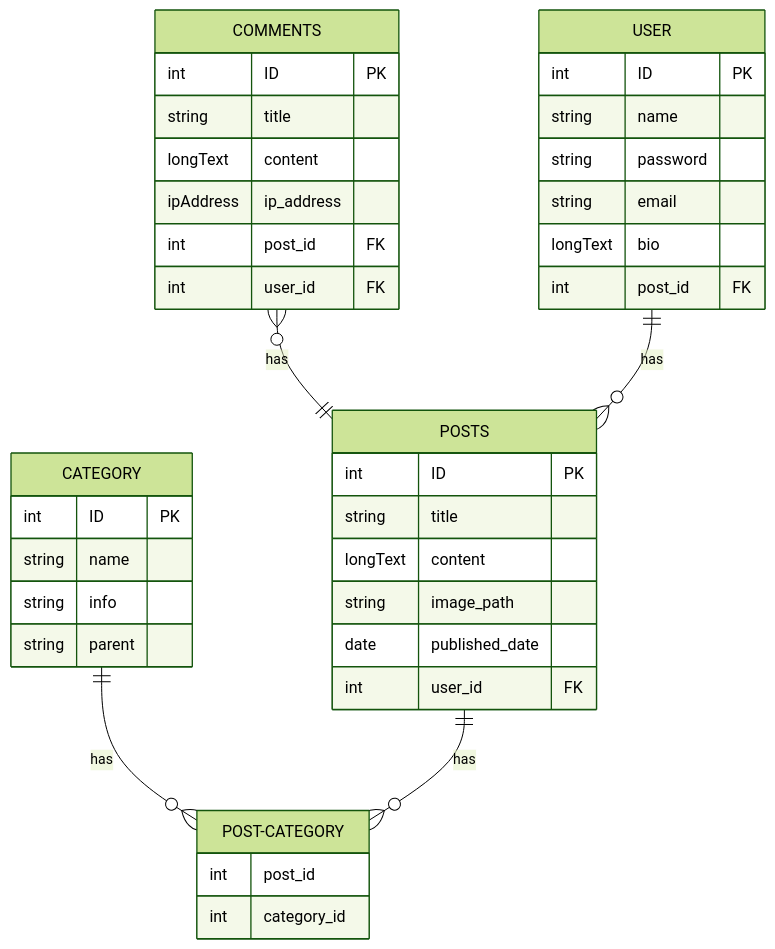
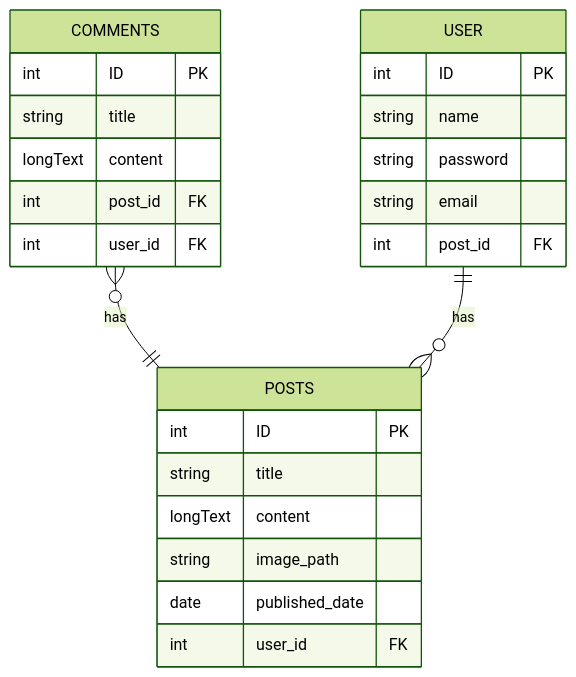
One commit to sd4483/Obsidian changed the second of 2 diagrams in Web Applications/Strings App.md. Above: the diagram before and after it, drawn with Mermaid (forest theme).

Commit message:
vault backup: 2023-03-05 17:45:19

````diff
--- a/Web Applications/Strings App.md
+++ b/Web Applications/Strings App.md
@@ -109,41 +109,27 @@
 ```mermaid
 erDiagram
-	CATEGORY {
-		int ID PK
-		string name
-		string info
-		string parent
-	}
 	POSTS {
 		int ID PK
 		string title
 		longText content
 		string image_path
 		date published_date
 		int user_id FK
 	}
-	POST-CATEGORY {
-		int post_id
-		int category_id
-	}
 	COMMENTS {
 		int ID PK
 		string title
 		longText content
-		ipAddress ip_address
 		int post_id FK
 		int user_id FK
 	}
 	USER {
 		int ID PK
 		string name
 		string password
 		string email
-		longText bio
 		int post_id FK
 	}
-	CATEGORY ||--o{ POST-CATEGORY : has
-	POSTS ||--o{ POST-CATEGORY : has
 	COMMENTS }o--|| POSTS : has
 	USER ||--o{ POSTS : has
 ```
````
